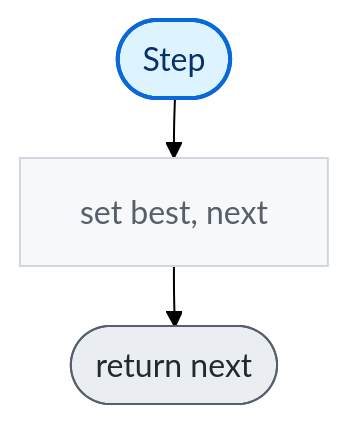
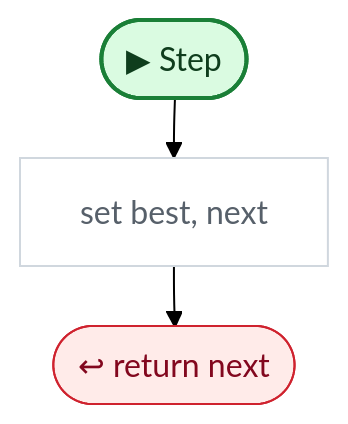
One commit to nataiai/Lord-of-the-Dungeon changed the seventh of 14 diagrams in CodeGraph~/graph/AI/PathFinding.cs.md. Above: the diagram before and after it, drawn with Mermaid (forest theme). The commit also changed other lines of this file and 44 other files, not shown here.

````diff
--- a/CodeGraph~/graph/AI/PathFinding.cs.md
+++ b/CodeGraph~/graph/AI/PathFinding.cs.md
@@ -393,28 +424,32 @@
 ```mermaid
 ---
 config:
   flowchart:
     wrappingWidth: 260
     nodeSpacing: 26
     rankSpacing: 30
 ---
 flowchart TD
-  nS(["Step"])
+  nS(["▶ Step"])
   n51d85a["set best, next"]
-  n186eb0(["return next"])
+  n186eb0(["↩ return next"])
   nS --> n51d85a
   n51d85a --> n186eb0
-  classDef unity fill:#fff1c2,stroke:#9a6700,stroke-width:2px,color:#3b2300
-  classDef start fill:#ddf4ff,stroke:#0969da,stroke-width:2px,color:#0a3069
-  classDef calc fill:#f6f8fa,stroke:#d0d7de,color:#57606a
-  classDef calls fill:#ffffff,stroke:#0969da,stroke-width:2.5px,color:#0a3069
-  classDef cond fill:#ffffff,stroke:#6e7781,stroke-width:1.5px,color:#1f2328
-  classDef loop fill:#fbefff,stroke:#8250df,color:#3e1f79
-  classDef exit fill:#eaeef2,stroke:#57606a,color:#24292f
-  classDef wait fill:#fff8f0,stroke:#bc4c00,color:#4d1d00
+  classDef unity fill:#dafbe1,stroke:#1a7f37,stroke-width:2px,color:#0f3d1d
+  classDef start fill:#dafbe1,stroke:#1a7f37,stroke-width:2px,color:#0f3d1d
+  classDef calc fill:#ffffff,stroke:#d0d7de,color:#57606a
+  classDef calls fill:#ddf4ff,stroke:#0969da,stroke-width:2px,color:#0a3069
+  classDef ext fill:#ddf4ff,stroke:#0969da,stroke-width:2px,stroke-dasharray:5 3,color:#0a3069
+  classDef cond fill:#fff8c5,stroke:#bf8700,stroke-width:1.5px,color:#3d2a00
+  classDef loop fill:#f6f8fa,stroke:#57606a,color:#1f2328
+  classDef exit fill:#ffebe9,stroke:#cf222e,color:#82071e
+  classDef kill fill:#ffebe9,stroke:#cf222e,stroke-width:2px,color:#82071e
+  classDef spawn fill:#dafbe1,stroke:#1a7f37,stroke-width:2px,color:#0f3d1d
+  classDef wait fill:#fff1e5,stroke:#bc4c00,color:#4d1d00
   classDef fin fill:#eaeef2,stroke:#8c959f,color:#57606a
   classDef join fill:#d0d7de,stroke:#8c959f,color:#57606a
+  classDef ghdr fill:#f5f9ff,stroke:#f5f9ff,color:#0a3069,font-weight:bold
   class n51d85a calc
   class n186eb0 exit
   class nS start
 ```
````
